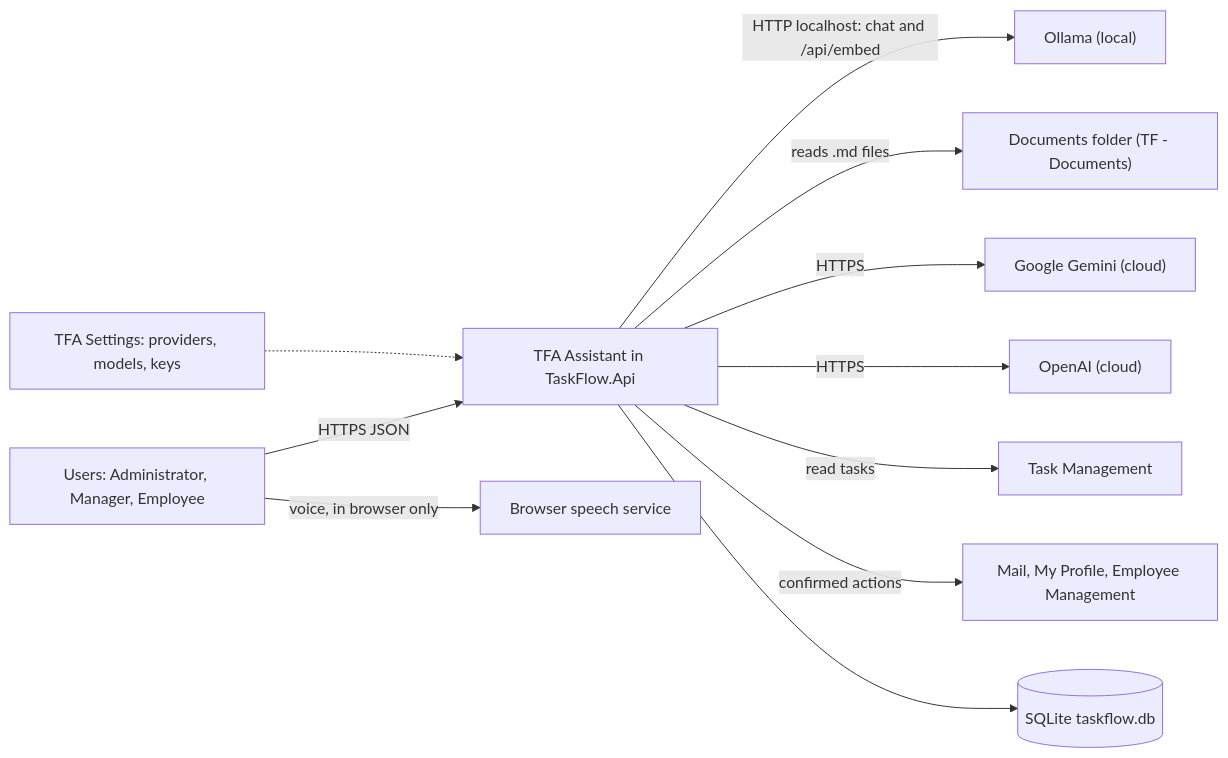
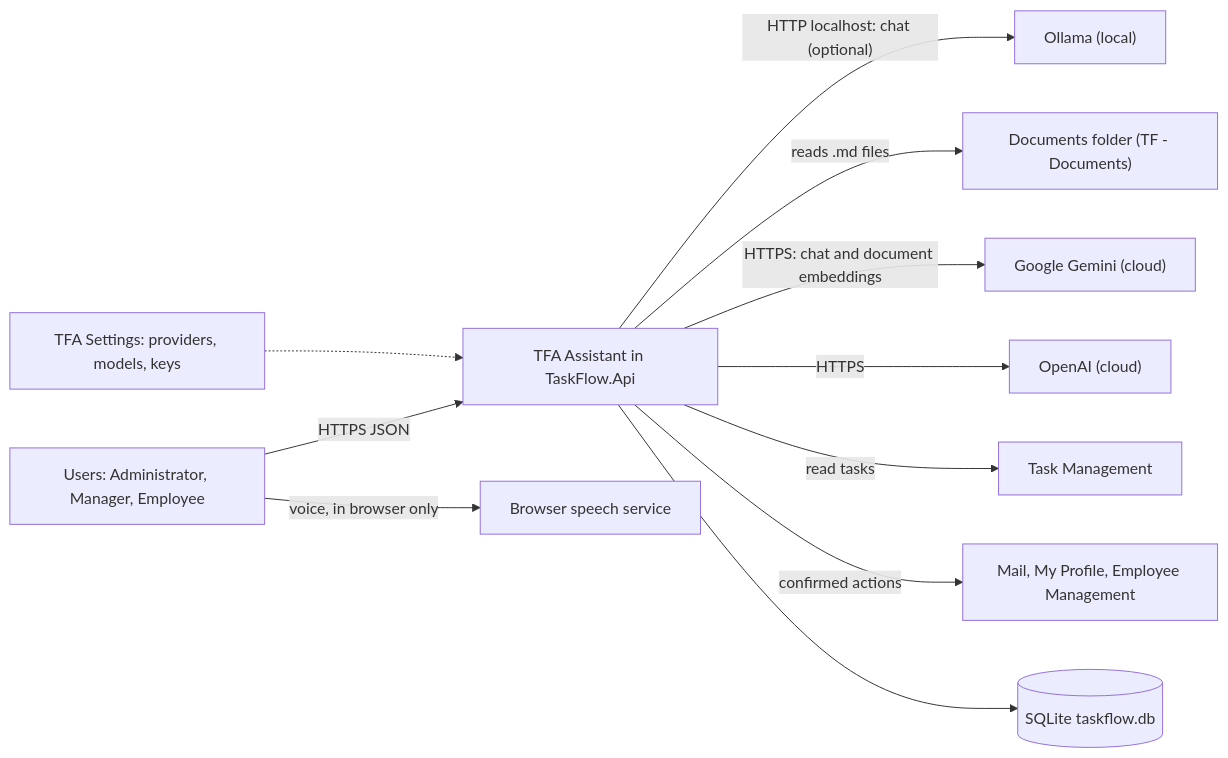
One commit to jojogeorge3344/TaskFlow-Project changed the first of 9 diagrams in TF - Documents/TF - HLD/08-TFA-Assistant/08.1-Assistant/HLD-Assistant.md. Above: the diagram before and after it, drawn with Mermaid. The commit also changed other lines of this file and 65 other files, not shown here.

First line of the commit message:
feat(tfa): make Google Gemini the default chat provider and document embedding engine

````diff
--- a/TF - Documents/TF - HLD/08-TFA-Assistant/08.1-Assistant/HLD-Assistant.md
+++ b/TF - Documents/TF - HLD/08-TFA-Assistant/08.1-Assistant/HLD-Assistant.md
@@ -86,13 +86,13 @@
 ```mermaid
 flowchart LR
   U["Users: Administrator, Manager, Employee"] -->|"HTTPS JSON"| TFA["TFA Assistant in TaskFlow.Api"]
   U -->|"voice, in browser only"| SPEECH["Browser speech service"]
-  TFA -->|"HTTP localhost: chat and /api/embed"| OLL["Ollama (local)"]
+  TFA -->|"HTTP localhost: chat (optional)"| OLL["Ollama (local)"]
   TFA -->|"reads .md files"| DOCS["Documents folder (TF - Documents)"]
-  TFA -->|"HTTPS"| GEM["Google Gemini (cloud)"]
+  TFA -->|"HTTPS: chat and document embeddings"| GEM["Google Gemini (cloud)"]
   TFA -->|"HTTPS"| OAI["OpenAI (cloud)"]
   TFAS["TFA Settings: providers, models, keys"] -.-> TFA
   TFA -->|"read tasks"| TASK["Task Management"]
   TFA -->|"confirmed actions"| ACT["Mail, My Profile, Employee Management"]
   TFA --> DB[("SQLite taskflow.db")]
 ```
````
